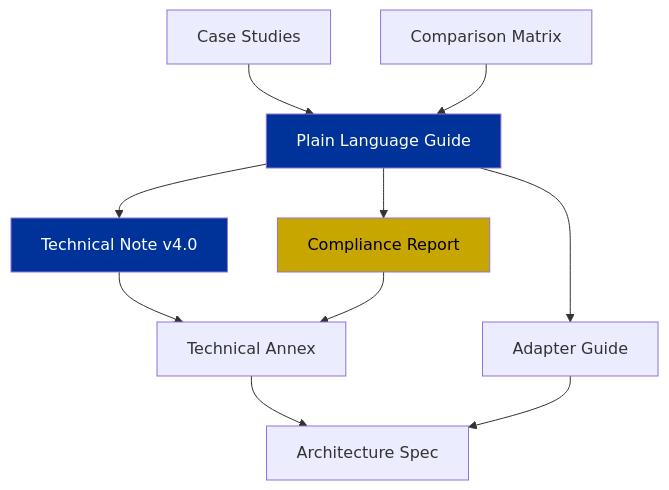
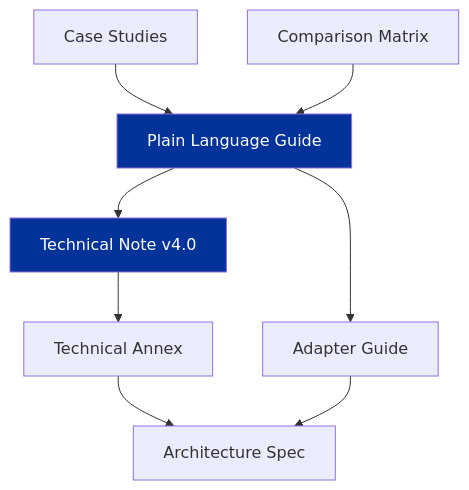
The diagram in 2_INFORMATIVE_REFERENCE/architecture/index.md (MetricProvenance/odgs-protocol), drawn with Mermaid before and after one commit. The commit also changed other lines of this file and 14 other files, not shown here.

````diff
--- a/2_INFORMATIVE_REFERENCE/architecture/index.md
+++ b/2_INFORMATIVE_REFERENCE/architecture/index.md
@@ -69,16 +64,13 @@
 ```mermaid
 graph TD
     ELI5["Plain Language Guide"] --> TN["Technical Note v4.0"]
     ELI5 --> AG["Adapter Guide"]
-    ELI5 --> CR["Compliance Report"]
     TN --> TA["Technical Annex"]
     TA --> ARCH["Architecture Spec"]
-    CR --> TA
     AG --> ARCH
     CS["Case Studies"] --> ELI5
     CM["Comparison Matrix"] --> ELI5
 
     style ELI5 fill:#003399,color:#fff
     style TN fill:#003399,color:#fff
-    style CR fill:#c7a600,color:#000
 ```
````
